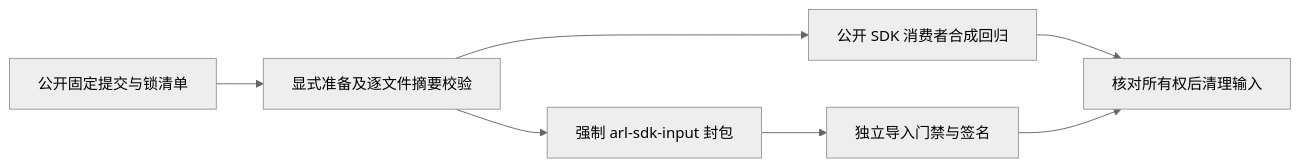
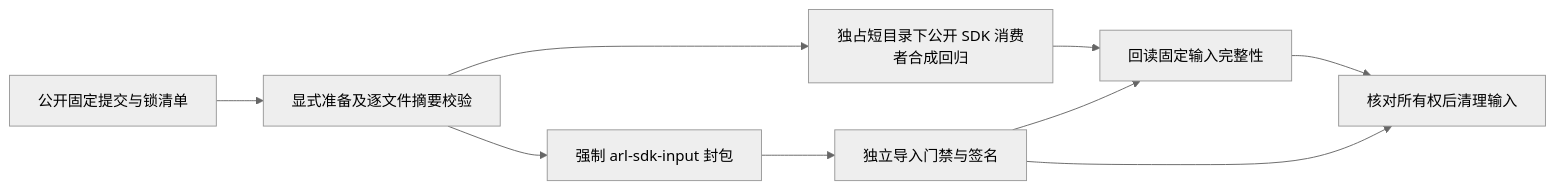
Before and after one commit to Geeprox/Friday: the diagram in docs/FRIDAY-DESKTOP-BUILD.md, drawn with Mermaid (neutral theme). The commit also changed other lines of this file and 5 other files, not shown here.

````diff
--- a/docs/FRIDAY-DESKTOP-BUILD.md
+++ b/docs/FRIDAY-DESKTOP-BUILD.md
@@ -42,9 +46,11 @@
 ```mermaid
 flowchart LR
   A[公开固定提交与锁清单] --> B[显式准备及逐文件摘要校验]
-  B --> C[公开 SDK 消费者合成回归]
+  B --> C[独占短目录下公开 SDK 消费者合成回归]
   B --> D[强制 arl-sdk-input 封包]
   D --> E[独立导入门禁与签名]
-  C --> F[核对所有权后清理输入]
+  C --> V[回读固定输入完整性]
+  E --> V
+  V --> F[核对所有权后清理输入]
   E --> F
 ```
````
